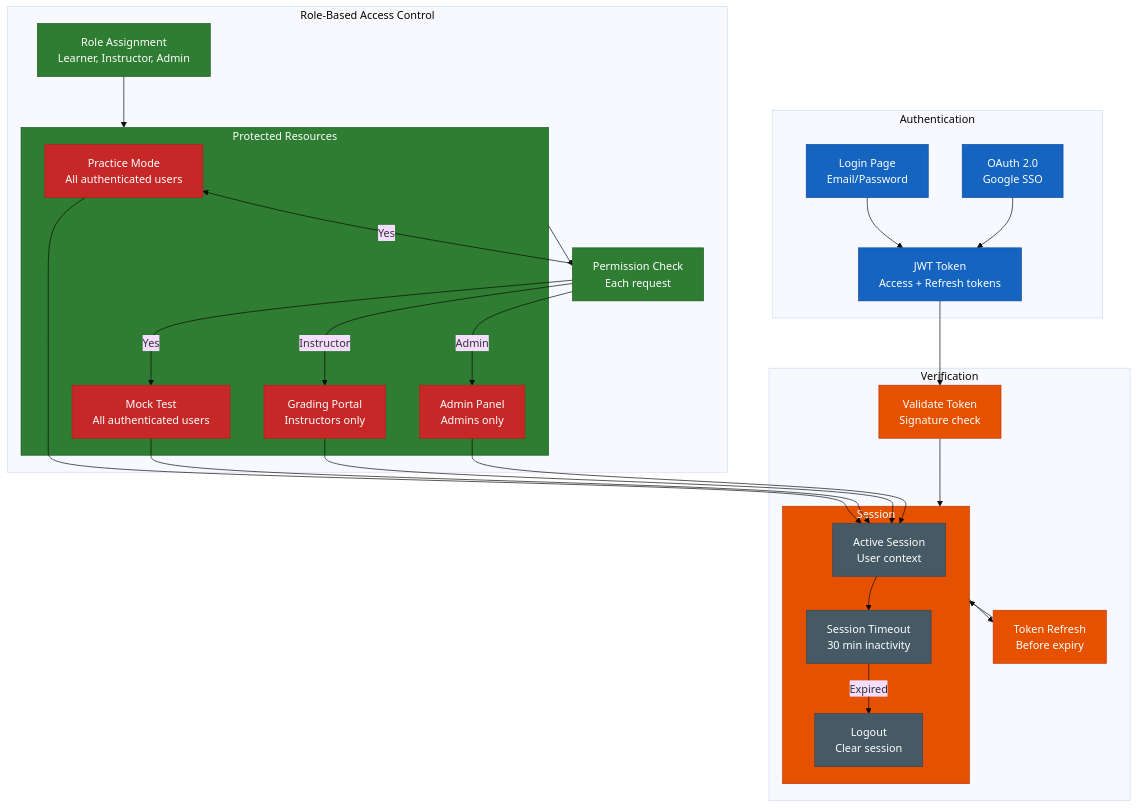
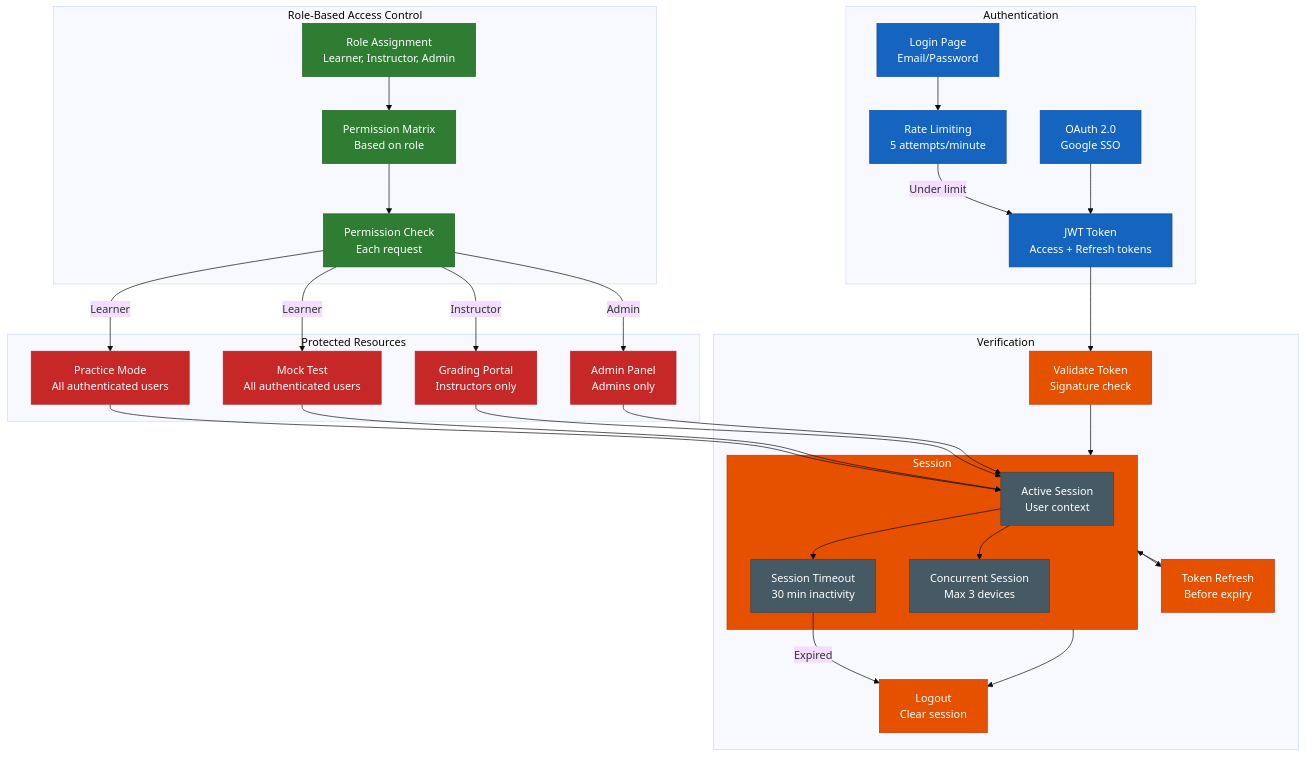
One commit to nghyane/VSTEP changed diagram 13 of 13 in docs/capstone/diagrams/flow-diagrams.vi.md. Above: the diagram before and after it, drawn with Mermaid (base theme). The commit also changed other lines of this file, not shown here.

First line of the commit message:
docs: enhance flow diagrams with error handling, saga pattern, and confidence scoring

````diff
--- a/docs/capstone/diagrams/flow-diagrams.vi.md
+++ b/docs/capstone/diagrams/flow-diagrams.vi.md
@@ -563,65 +1071,72 @@
 ```mermaid
 flowchart TB
     subgraph Auth ["Authentication"]
         Login["Login Page<br/>Email/Password"]
         OAuth["OAuth 2.0<br/>Google SSO"]
         Token["JWT Token<br/>Access + Refresh tokens"]
+        RateLimit["Rate Limiting<br/>5 attempts/minute"]
     end
 
     subgraph Verify ["Verification"]
         Validate["Validate Token<br/>Signature check"]
         Session["Session Management<br/>Redis cache"]
         Refresh["Token Refresh<br/>Before expiry"]
+        Logout["Logout<br/>Clear session"]
     end
 
     subgraph RBAC ["Role-Based Access Control"]
         Roles["Role Assignment<br/>Learner, Instructor, Admin"]
         Permissions["Permission Matrix<br/>Based on role"]
         Check["Permission Check<br/>Each request"]
     end
 
-    subgraph Permissions ["Protected Resources"]
+    subgraph Protected ["Protected Resources"]
         PracticeRes["Practice Mode<br/>All authenticated users"]
         MockRes["Mock Test<br/>All authenticated users"]
         GradingRes["Grading Portal<br/>Instructors only"]
         AdminRes["Admin Panel<br/>Admins only"]
     end
 
     subgraph Session ["Session"]
         Active["Active Session<br/>User context"]
         Timeout["Session Timeout<br/>30 min inactivity"]
-        Logout["Logout<br/>Clear session"]
+        Concurrent["Concurrent Session<br/>Max 3 devices"]
     end
 
-    Login --> Token
+    Login --> RateLimit
+    RateLimit -->|"Under limit"| Token
     OAuth --> Token
     Token --> Validate
     Validate --> Session
     Session --> Refresh
     Refresh --> Session
+    Session --> Logout
+
     Roles --> Permissions
     Permissions --> Check
-    Check -->|Yes| PracticeRes
-    Check -->|Yes| MockRes
-    Check -->|Instructor| GradingRes
-    Check -->|Admin| AdminRes
+    Check -->|"Learner"| PracticeRes
+    Check -->|"Learner"| MockRes
+    Check -->|"Instructor"| GradingRes
+    Check -->|"Admin"| AdminRes
+
     PracticeRes --> Active
     MockRes --> Active
     GradingRes --> Active
     AdminRes --> Active
     Active --> Timeout
-    Timeout -->|Expired| Logout
+    Active --> Concurrent
+    Timeout -->|"Expired"| Logout
 
     classDef auth fill:#1565c0,stroke:#0d47a1,color:#fff
     classDef verify fill:#e65100,stroke:#bf360c,color:#fff
     classDef rbac fill:#2e7d32,stroke:#1b5e20,color:#fff
     classDef permissions fill:#c62828,stroke:#b71c1c,color:#fff
     classDef resources fill:#6a1b9a,stroke:#4a148c,color:#fff
     classDef session fill:#455a64,stroke:#37474f,color:#fff
 
-    class Login,OAuth,Token auth
-    class Validate,Session,Refresh verify
+    class Login,OAuth,Token,RateLimit auth
+    class Validate,Session,Refresh,Logout verify
     class Roles,Permissions,Check rbac
     class PracticeRes,MockRes,GradingRes,AdminRes permissions
-    class Active,Timeout,Logout session
+    class Active,Timeout,Concurrent session
 ```
````
